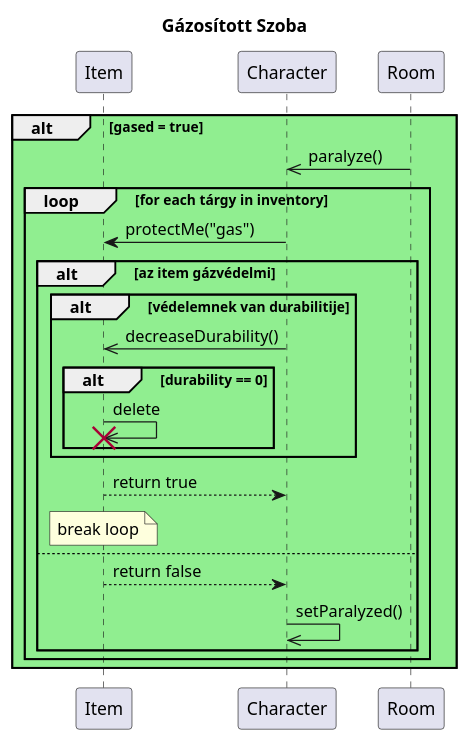
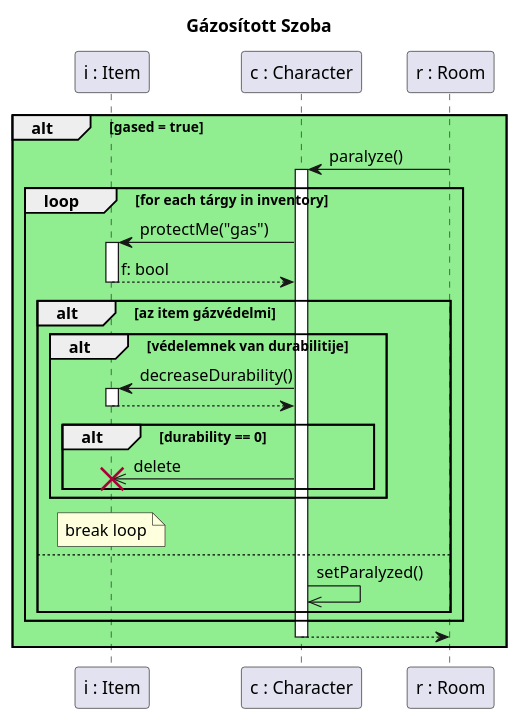
The diagram in diagramms/src/gased_room.puml (kipolaris/skyrimscriptsuttogok), drawn with PlantUML before and after one commit. The commit also changed 4 other files, not shown here.

Commit message:
continued fixing diagrams

```diff
--- a/diagramms/src/gased_room.puml
+++ b/diagramms/src/gased_room.puml
@@ -1,34 +1,36 @@
 @startuml gazed_room
 Title Gázosított Szoba
 
-participant Item as item
-participant Character as char
-participant Room as sz
+participant "i : Item" as item
+participant "c : Character" as char
+participant "r : Room" as sz
 
 alt #LightGreen gased = true
-        sz->>char : paralyze()
+        sz->char ++: paralyze()
         loop for each tárgy in inventory
-            char->item: protectMe("gas")
+            char->item ++: protectMe("gas")
+
+            return f: bool
 
             alt az item gázvédelmi
 
                 alt védelemnek van durabilitije
-                    char->>item : decreaseDurability()
+                    char->item ++: decreaseDurability()
+                    return
                 
                     alt durability == 0
-                        item->>item !!: delete
+                        char->>item !!: delete
                     
                     end
                 end
 
-                item-->char : return true
                 note over item : break loop
             else
-                item-->char : return false
                 char->>char : setParalyzed()
             end
 
         end
+        char-->sz --:
 end
 
 @enduml
```
